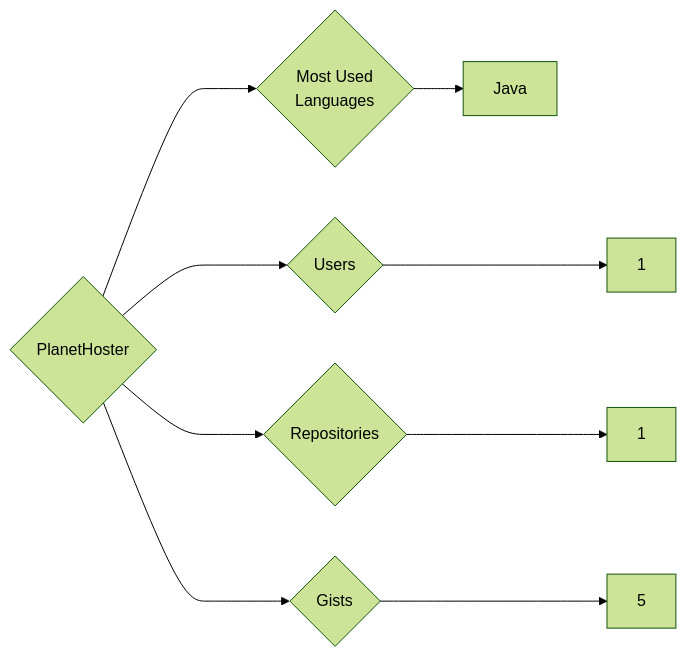
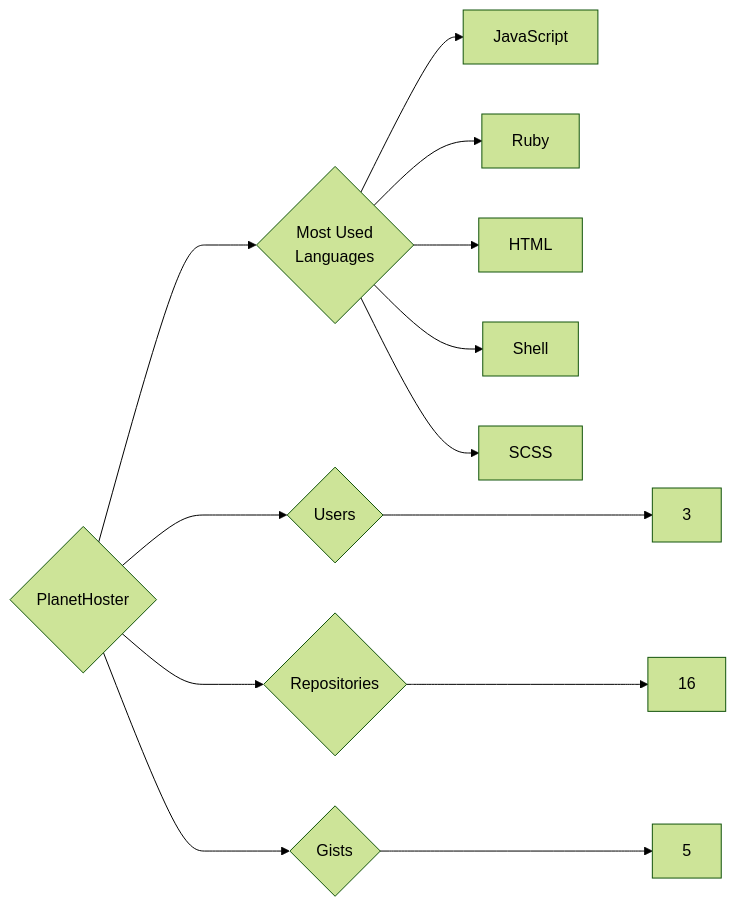
The diagram in targets/PlanetHoster/README.md (trickest/insiders), drawn with Mermaid (forest theme) before and after one commit. The commit also changed 948 other files, not shown here.

````diff
--- a/targets/PlanetHoster/README.md
+++ b/targets/PlanetHoster/README.md
@@ -3,9 +3,13 @@
 ```mermaid
 graph LR
 COMPANY_NAME{PlanetHoster}
-COMPANY_NAME ---> U{Users} ---> UN[1]
-COMPANY_NAME ---> R{Repositories} ---> RN[1]
+COMPANY_NAME ---> U{Users} ---> UN[3]
+COMPANY_NAME ---> R{Repositories} ---> RN[16]
 COMPANY_NAME ---> G{Gists} ---> GN[5]
 COMPANY_NAME ---> ML{Most Used<br>Languages}
-ML --> Java[Java]
+ML --> JavaScript[JavaScript]
+ML --> Ruby[Ruby]
+ML --> HTML[HTML]
+ML --> Shell[Shell]
+ML --> SCSS[SCSS]
 ```
````
